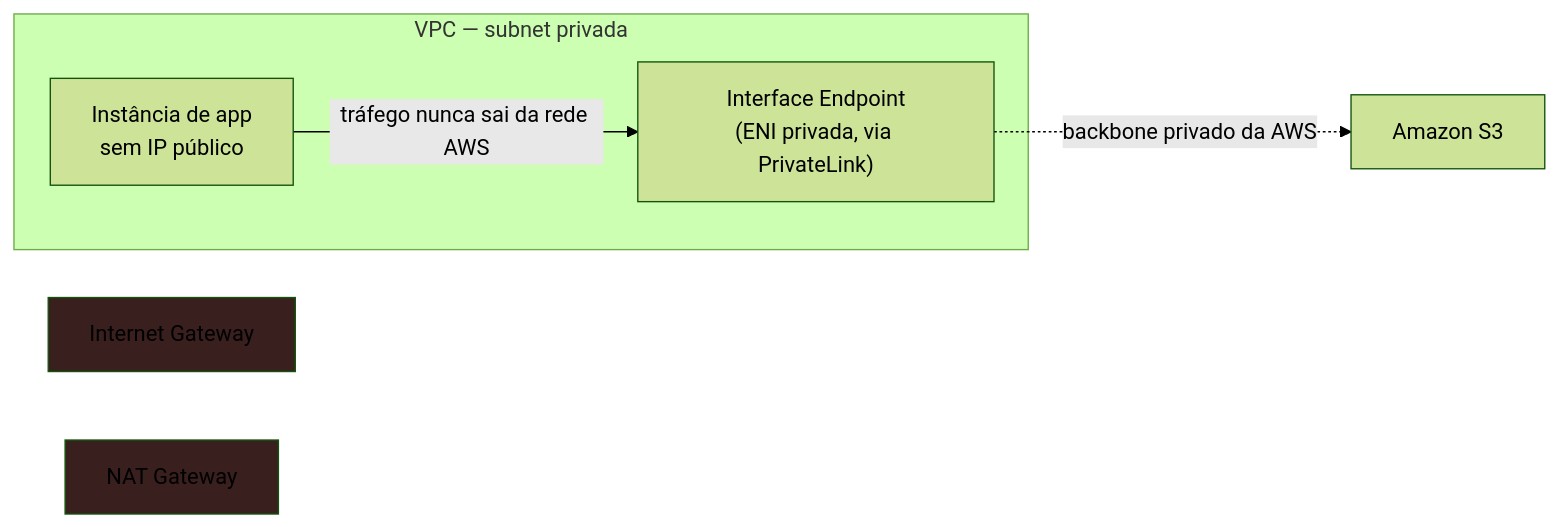
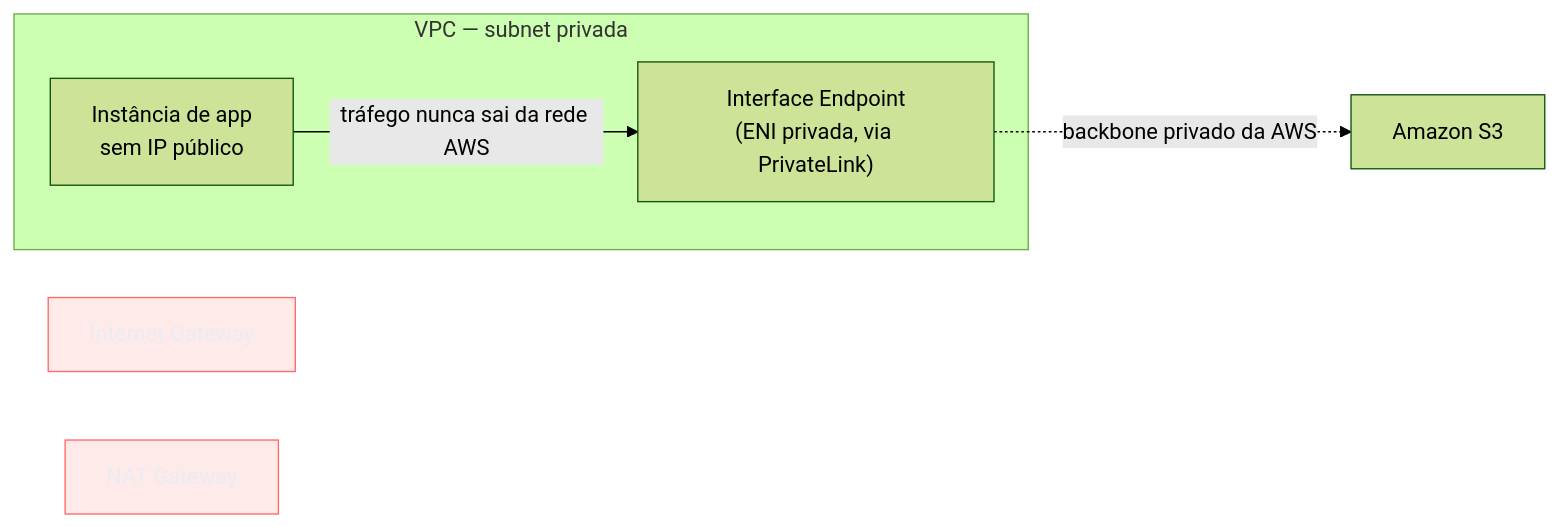
One commit to josenaldo/codex-technomanticus changed the second of 3 diagrams in 03-Dominios/Tecnologia/Cloud/18 - Segurança na cloud a fundo/04 - Segurança de rede e perímetro.md. Above: the diagram before and after it, drawn with Mermaid (forest theme). The commit also changed other lines of this file and 1181 other files, not shown here.

First line of the commit message:
fix(diagramas): paleta do sistema no lugar de cor cravada no markdown

````diff
--- a/03-Dominios/Tecnologia/Cloud/18 - Segurança na cloud a fundo/04 - Segurança de rede e perímetro.md
+++ b/03-Dominios/Tecnologia/Cloud/18 - Segurança na cloud a fundo/04 - Segurança de rede e perímetro.md
@@ -117,14 +122,15 @@
 ```mermaid
 flowchart LR
+    classDef falha fill:#FF6B6B24,stroke:#FF6B6B,color:#E9ECF2
     subgraph VPC["VPC — subnet privada"]
         App["Instância de app<br/>sem IP público"]
         EP["Interface Endpoint<br/>(ENI privada, via PrivateLink)"]
     end
     App -->|"tráfego nunca sai da rede AWS"| EP
     EP -.->|"backbone privado da AWS"| S3["Amazon S3"]
 
     IGW["Internet Gateway"]
     NAT["NAT Gateway"]
-    style IGW fill:#3a1f1f
-    style NAT fill:#3a1f1f
+    class IGW falha
+    class NAT falha
 ```
````
